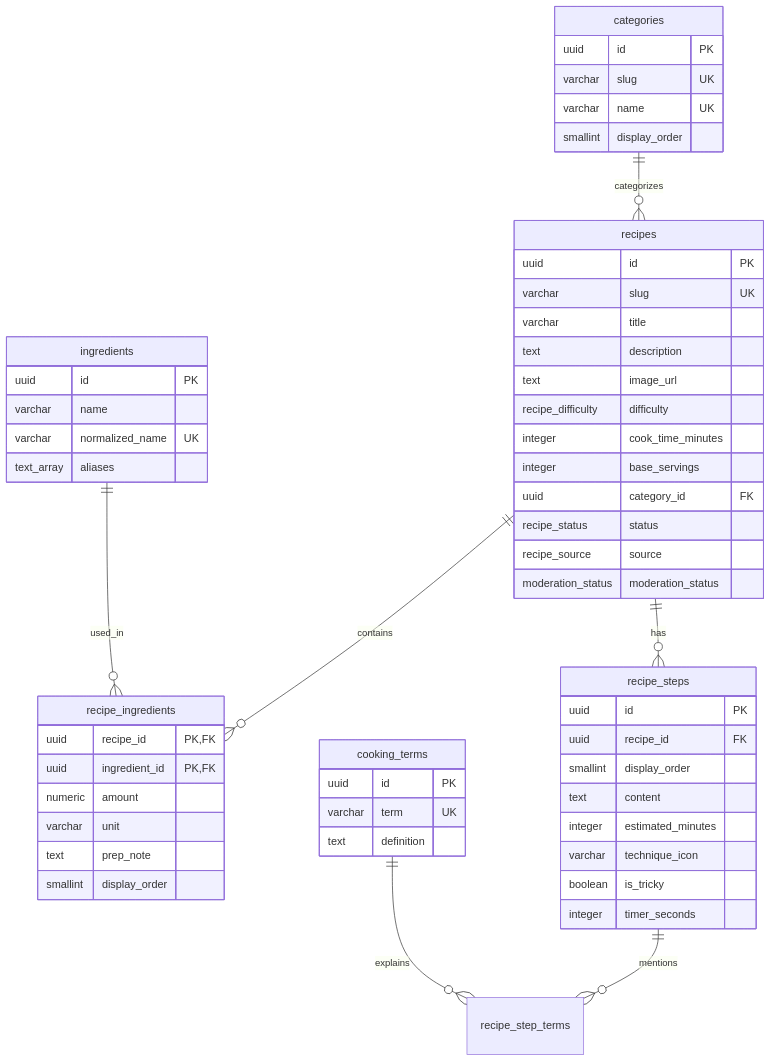
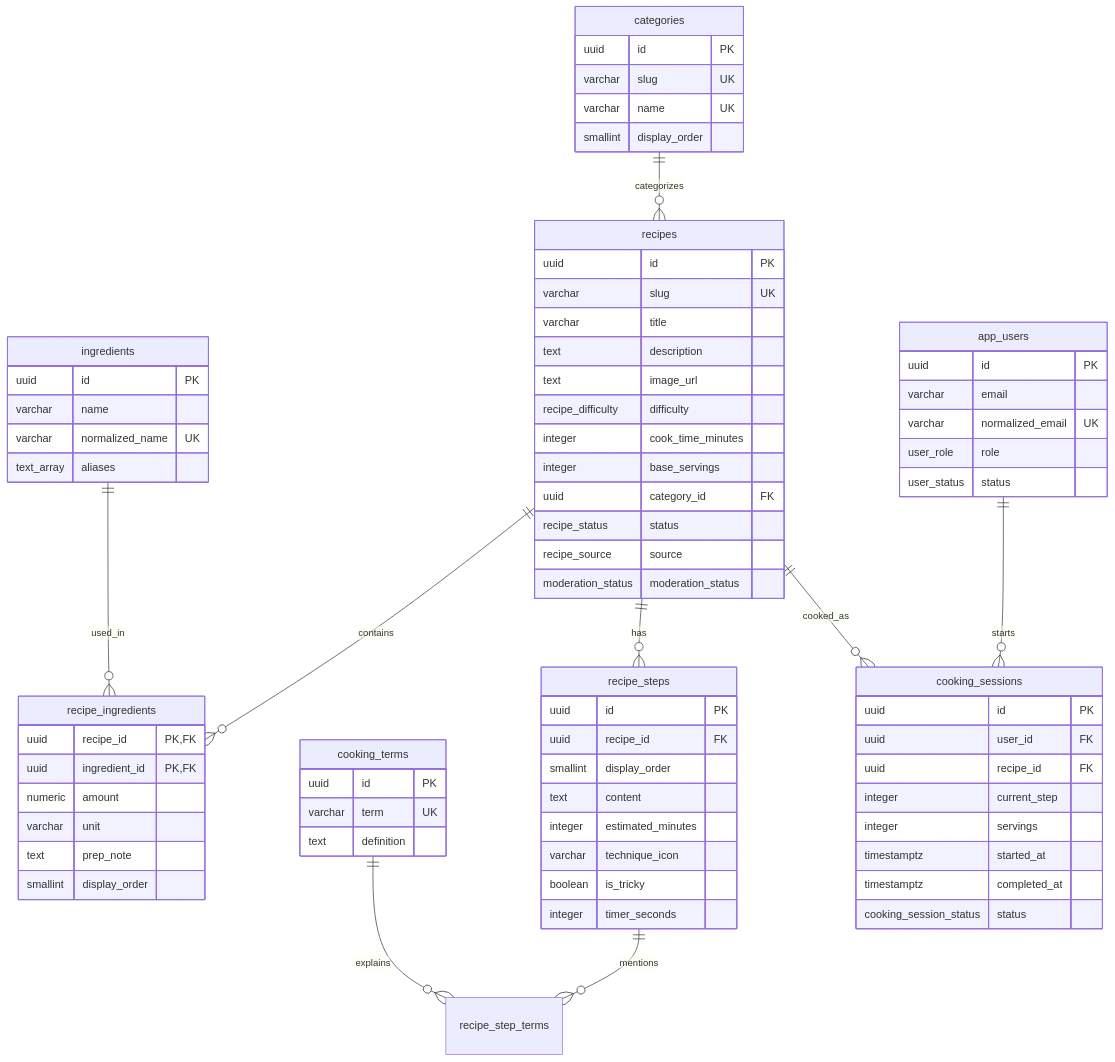
One commit to dangvibaominh-hub/be-an-gi-gio changed the diagram in docs/ERD.md. Above: the diagram before and after it, drawn with Mermaid. The commit also changed 55 other files, not shown here.

````diff
--- a/docs/ERD.md
+++ b/docs/ERD.md
@@ -8,6 +8,8 @@
   recipes ||--o{ recipe_steps : has
   recipe_steps ||--o{ recipe_step_terms : mentions
   cooking_terms ||--o{ recipe_step_terms : explains
+  app_users ||--o{ cooking_sessions : starts
+  recipes ||--o{ cooking_sessions : cooked_as
 
   categories {
     uuid id PK
@@ -63,4 +65,23 @@
     varchar term UK
     text definition
   }
+
+  app_users {
+    uuid id PK
+    varchar email
+    varchar normalized_email UK
+    user_role role
+    user_status status
+  }
+
+  cooking_sessions {
+    uuid id PK
+    uuid user_id FK
+    uuid recipe_id FK
+    integer current_step
+    integer servings
+    timestamptz started_at
+    timestamptz completed_at
+    cooking_session_status status
+  }
 ```
````
